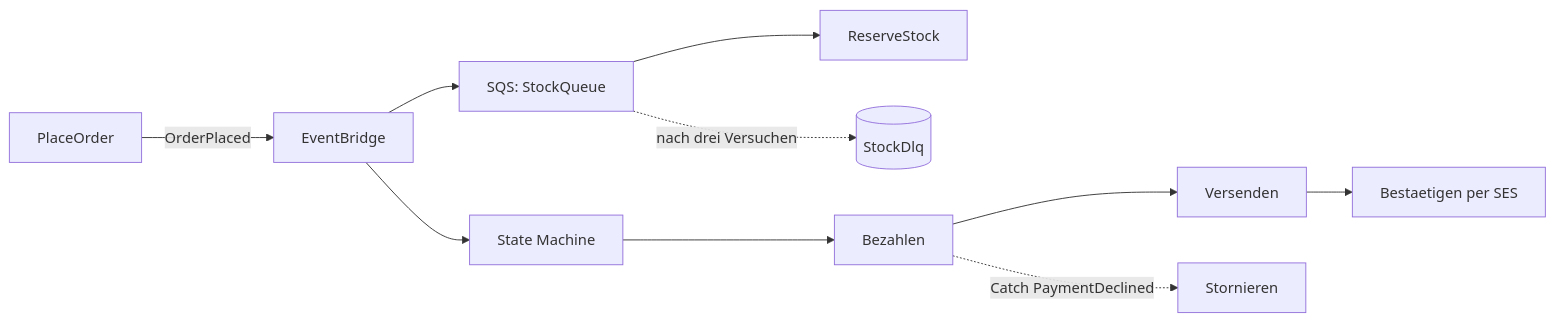
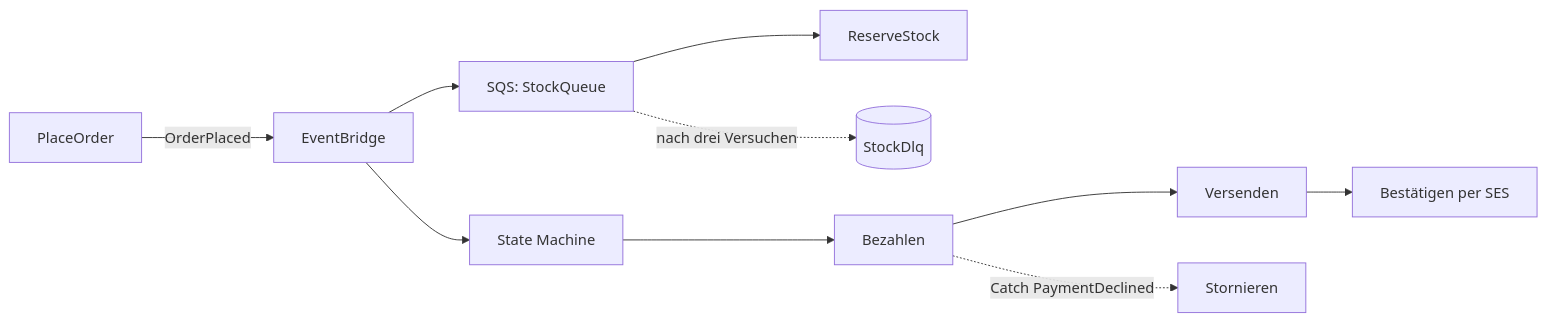
Before and after one commit to MikeBild/introduction-aws: the diagram in exercises/18-aws-lab-fulfillment/README.md, drawn with Mermaid. The commit also changed other lines of this file and 35 other files, not shown here.

````diff
--- a/exercises/18-aws-lab-fulfillment/README.md
+++ b/exercises/18-aws-lab-fulfillment/README.md
@@ -9,9 +9,9 @@
 ```mermaid
 flowchart LR
   place["PlaceOrder"] -- "OrderPlaced" --> eb["EventBridge"]
   eb --> q["SQS: StockQueue"] --> stock["ReserveStock"]
   q -. "nach drei Versuchen" .-> dlq[("StockDlq")]
   eb --> sfn["State Machine"]
-  sfn --> pay["Bezahlen"] --> ship["Versenden"] --> mail["Bestaetigen per SES"]
+  sfn --> pay["Bezahlen"] --> ship["Versenden"] --> mail["Bestätigen per SES"]
   pay -. "Catch PaymentDeclined" .-> cancel["Stornieren"]
 ```
````
